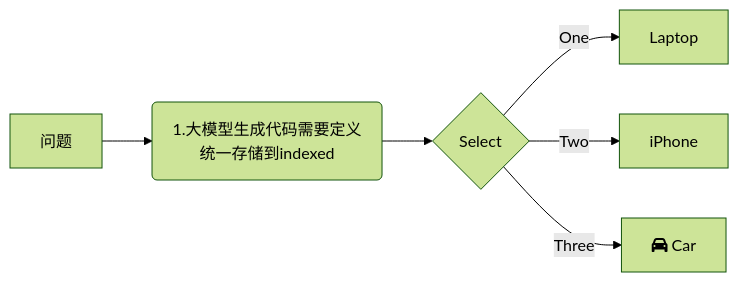
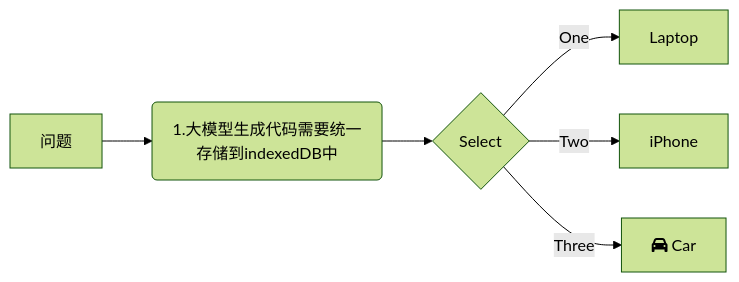
Before and after one commit to yingjianzh/iodraw-files: the diagram in all/未命名-21.md, drawn with Mermaid (forest theme).

Commit message:
2025-02-17 14:17:49 update

````diff
--- a/all/未命名-21.md
+++ b/all/未命名-21.md
@@ -1,9 +1,9 @@
 ```mermaid
 graph LR
-    A[问题] -->B(1.大模型生成代码需要定义统一存储到indexed)
+    A[问题] -->B(1.大模型生成代码需要统一存储到indexedDB中)
     B --> C{Select}
     C -->|One| D[Laptop]
     C -->|Two| E[iPhone]
     C -->|Three| F[fa:fa-car Car]
   
 ```
````
